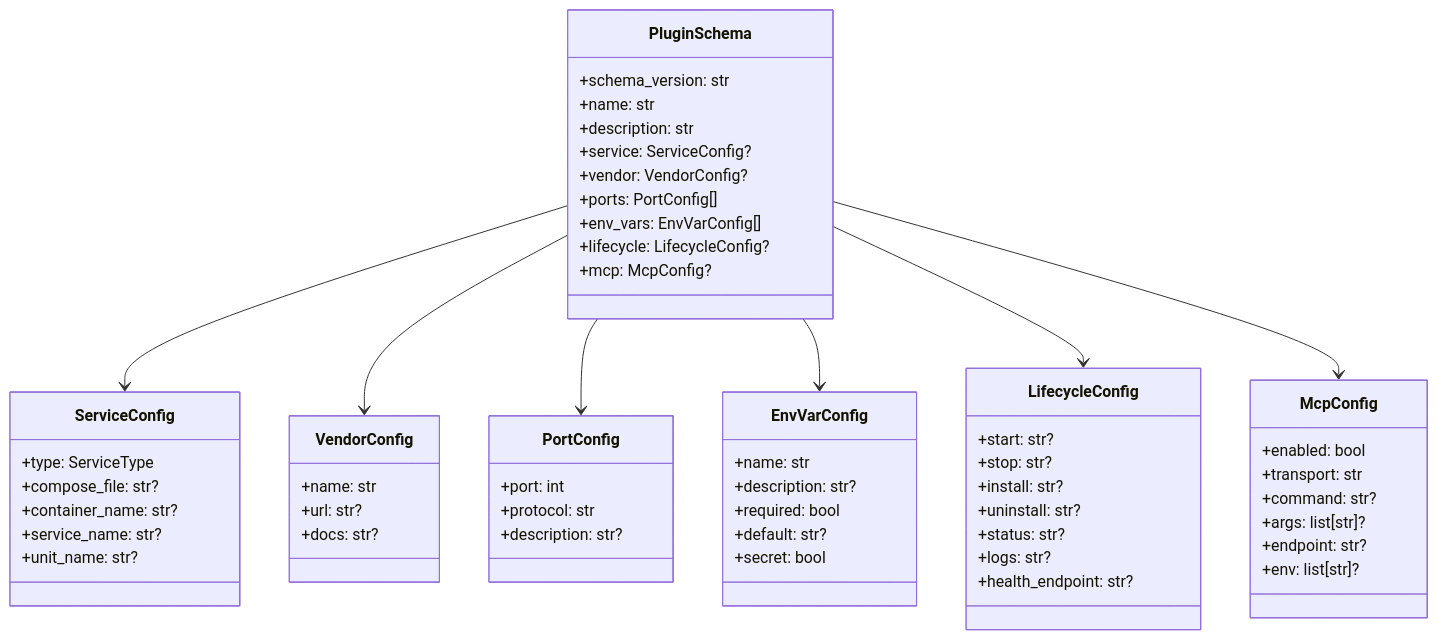
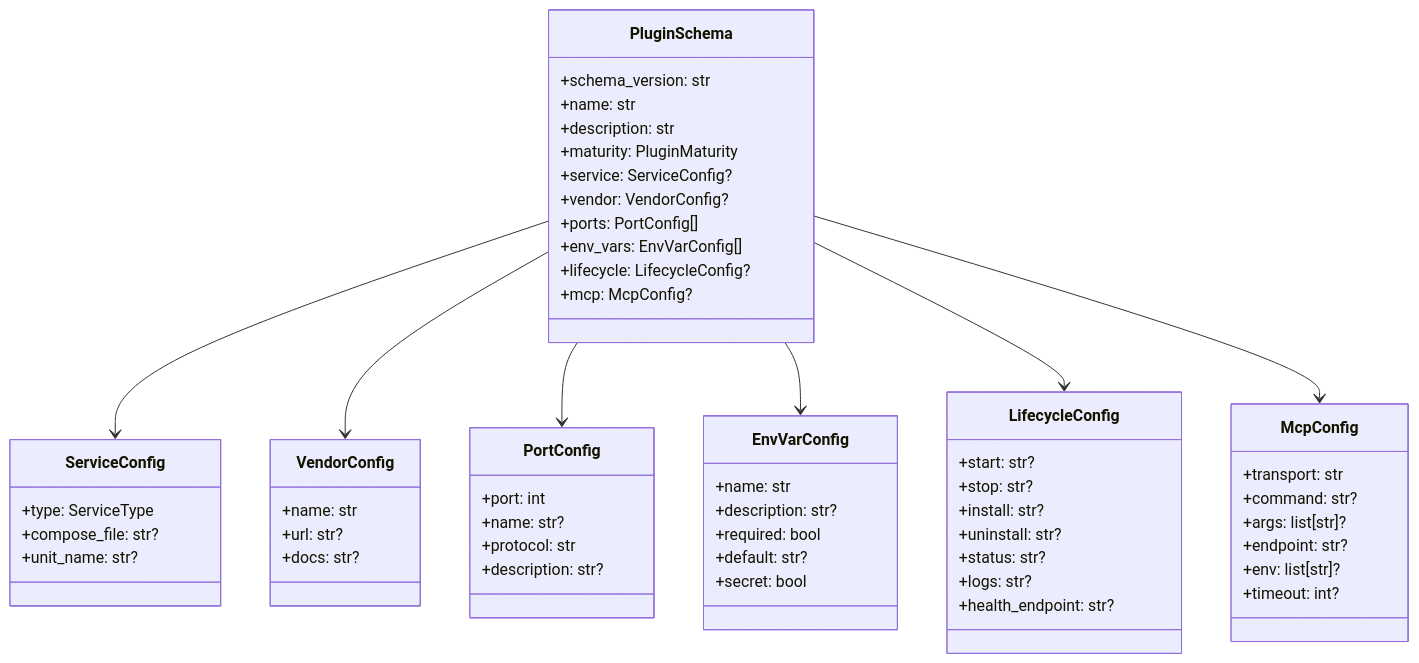
One commit to Svtoo/atk changed the diagram in docs/specs/plugin-schema.md. Above: the diagram before and after it, drawn with Mermaid. The commit also changed other lines of this file and 1 other file, not shown here.

First line of the commit message:
docs: make plugin-schema examples validate against the schema

````diff
--- a/docs/specs/plugin-schema.md
+++ b/docs/specs/plugin-schema.md
@@ -45,68 +45,68 @@
 ```mermaid
 classDiagram
     class PluginSchema {
         +schema_version: str
         +name: str
         +description: str
+        +maturity: PluginMaturity
         +service: ServiceConfig?
         +vendor: VendorConfig?
         +ports: PortConfig[]
         +env_vars: EnvVarConfig[]
         +lifecycle: LifecycleConfig?
         +mcp: McpConfig?
     }
     
     class ServiceConfig {
         +type: ServiceType
         +compose_file: str?
-        +container_name: str?
-        +service_name: str?
         +unit_name: str?
     }
     
     class VendorConfig {
         +name: str
         +url: str?
         +docs: str?
     }
     
     class PortConfig {
         +port: int
+        +name: str?
         +protocol: str
         +description: str?
     }
     
     class EnvVarConfig {
         +name: str
         +description: str?
         +required: bool
         +default: str?
         +secret: bool
     }
     
     class LifecycleConfig {
         +start: str?
         +stop: str?
         +install: str?
         +uninstall: str?
         +status: str?
         +logs: str?
         +health_endpoint: str?
     }
     
     class McpConfig {
-        +enabled: bool
         +transport: str
         +command: str?
         +args: list[str]?
         +endpoint: str?
         +env: list[str]?
+        +timeout: int?
     }
     
     PluginSchema --> ServiceConfig
     PluginSchema --> VendorConfig
     PluginSchema --> PortConfig
     PluginSchema --> EnvVarConfig
     PluginSchema --> LifecycleConfig
     PluginSchema --> McpConfig
 ```
````
